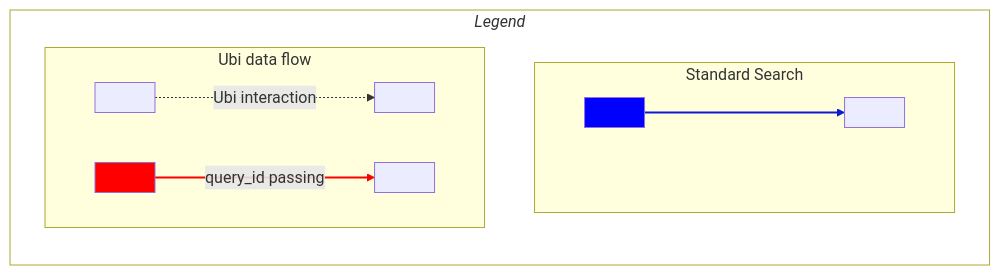
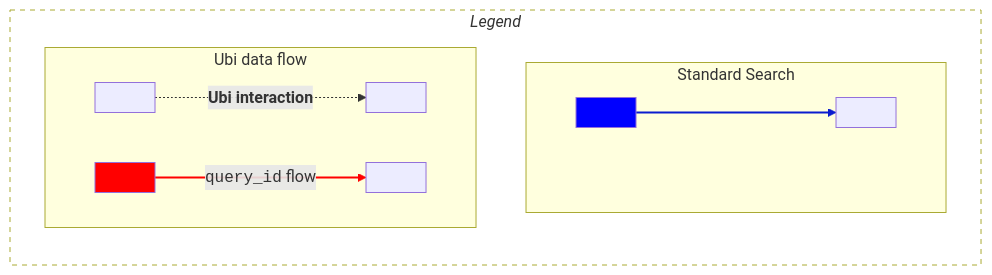
Before and after one commit to o19s/opensearch-ubi: the first of 2 diagrams in documentation/schemas.md, drawn with Mermaid. The commit also changed other lines of this file, not shown here.

````diff
--- a/documentation/schemas.md
+++ b/documentation/schemas.md
@@ -12,24 +17,22 @@
 ```mermaid
 graph LR
-
-style L fill:none
+style L fill:none,stroke-dasharray: 5 5
 subgraph L["`*Legend*`"]
     style ss height:150px
     subgraph ss["Standard Search"]
       direction LR
         
       style ln1a fill:blue
       ln1a[ ]--->ln1b[ ];
     end
-    subgraph Ubi data flow
+    subgraph ubi-leg["Ubi data flow"]
       direction LR
       
-      ln2a[ ].->|Ubi interaction|ln2b[ ];
+      ln2a[ ].->|"`**Ubi interaction**`"|ln2b[ ];
       style ln1c fill:red
-      ln1c[ ]-->|query_id passing|ln1d[ ];
+      ln1c[ ]-->|<span style="font-family:Courier New">query_id</span> flow|ln1d[ ];
     end
 end
 linkStyle 0 stroke-width:2px,stroke:#0A1CCF
 linkStyle 2 stroke-width:2px,stroke:red
-
 ```
````
